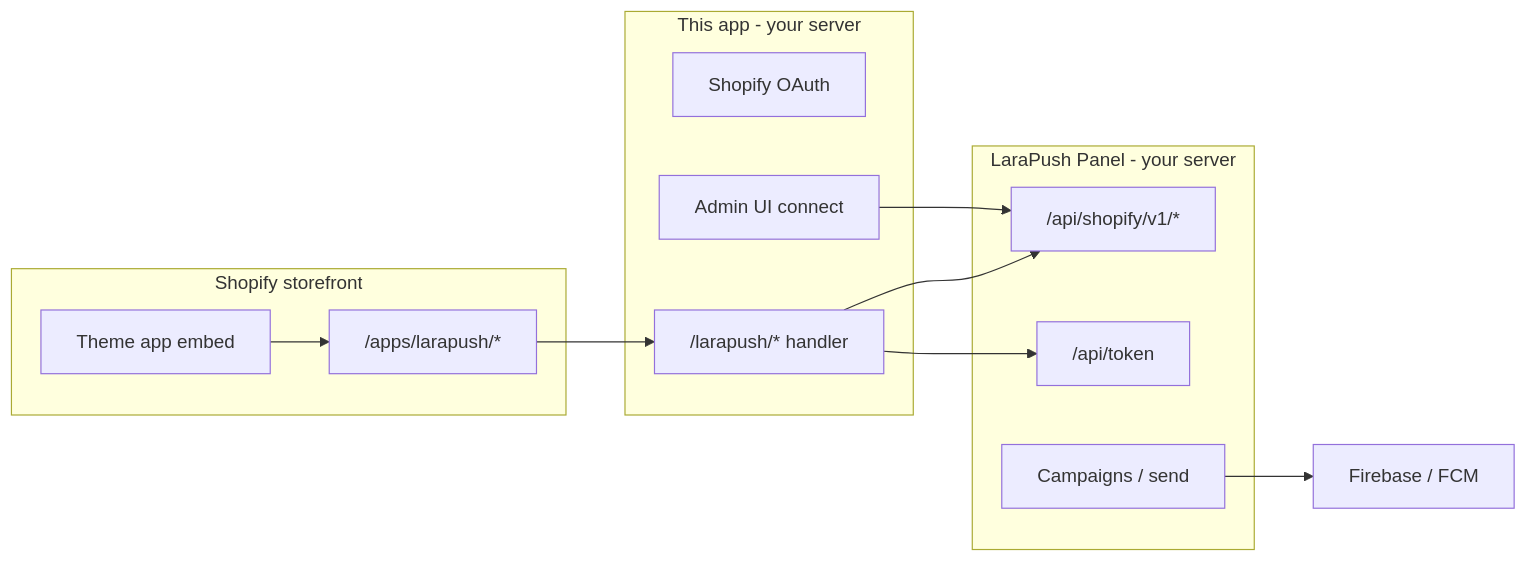
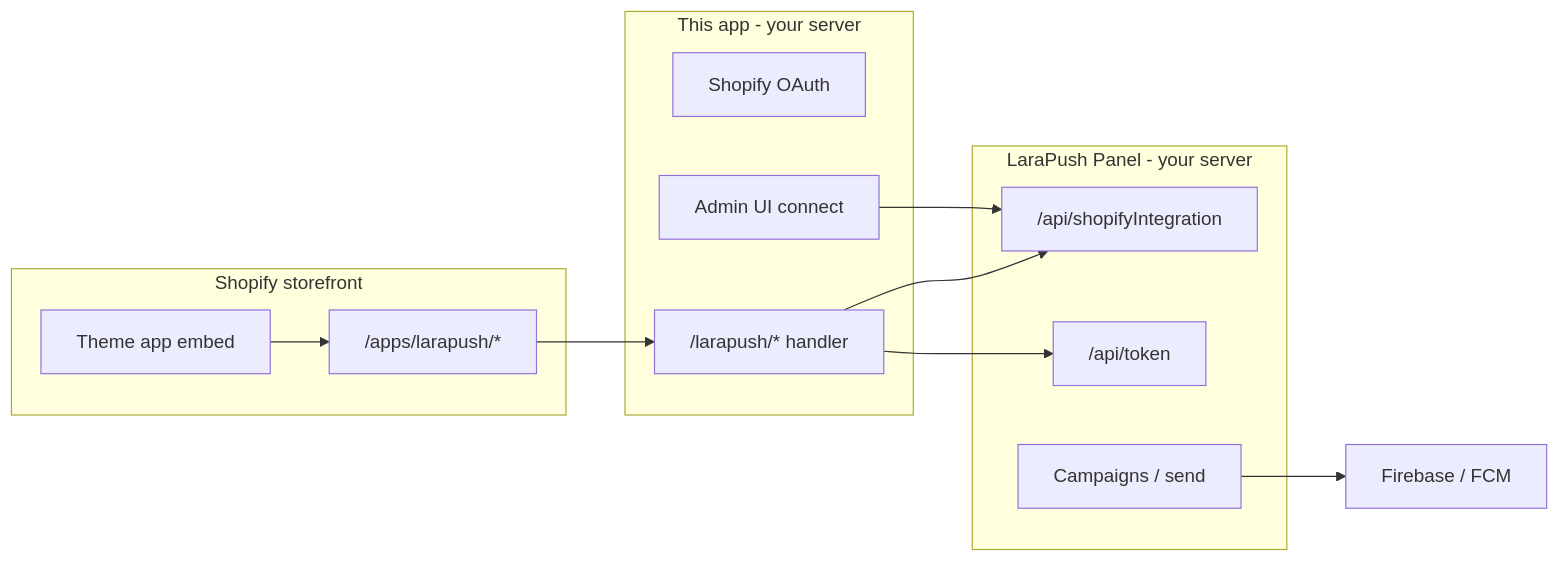
The diagram in README.md (dhirajabrandzzy/testing-shopify-app), drawn with Mermaid before and after one commit. The commit also changed other lines of this file and 8 other files, not shown here.

First line of the commit message:
Refactor LaraPush Shopify integration for improved authentication and connection management

````diff
--- a/README.md
+++ b/README.md
@@ -26,23 +26,23 @@
 ```mermaid
 flowchart LR
   subgraph storefront [Shopify storefront]
     Embed[Theme app embed]
     Proxy["/apps/larapush/*"]
   end
   subgraph shopify_app [This app - your server]
     OAuth[Shopify OAuth]
     Admin[Admin UI connect]
     ProxyRoute["/larapush/* handler"]
   end
   subgraph panel [LaraPush Panel - your server]
-    API["/api/shopify/v1/*"]
+    API["/api/shopifyIntegration"]
     Token["/api/token"]
     Send[Campaigns / send]
   end
   Embed --> Proxy
   Proxy --> ProxyRoute
   Admin --> API
   ProxyRoute --> API
   ProxyRoute --> Token
   Send --> FCM[Firebase / FCM]
 ```
````
